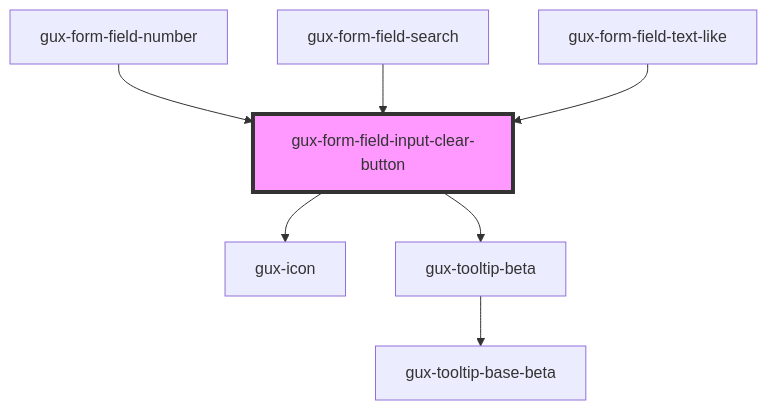
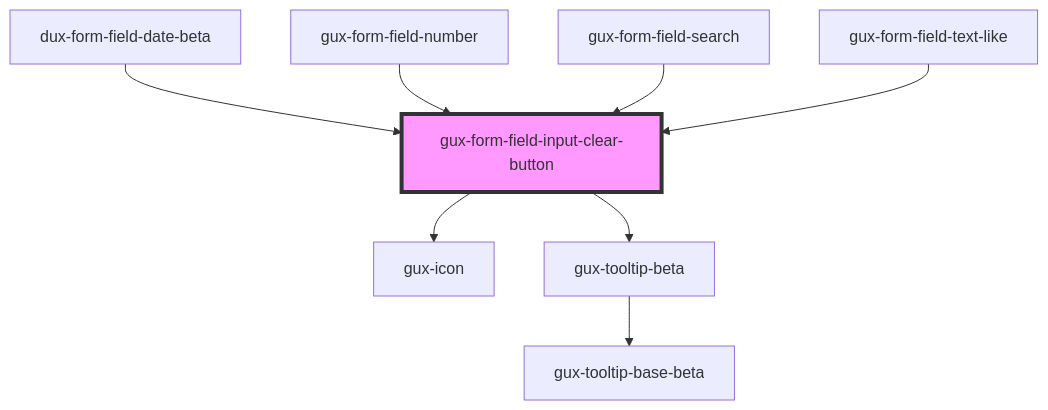
One commit to MyPureCloud/genesys-spark changed the diagram in packages/genesys-spark-components/src/components/stable/gux-form-field/helper-components/gux-form-field-input-clear-button/readme.md. Above: the diagram before and after it, drawn with Mermaid. The commit also changed other lines of this file and 48 other files, not shown here.

First line of the commit message:
feat(dux-form-field-date-beta): added new date form field component

````diff
--- a/packages/genesys-spark-components/src/components/stable/gux-form-field/helper-components/gux-form-field-input-clear-button/readme.md
+++ b/packages/genesys-spark-components/src/components/stable/gux-form-field/helper-components/gux-form-field-input-clear-button/readme.md
@@ -22,10 +23,11 @@
 ```mermaid
 graph TD;
   gux-form-field-input-clear-button --> gux-icon
   gux-form-field-input-clear-button --> gux-tooltip-beta
   gux-tooltip-beta --> gux-tooltip-base-beta
+  dux-form-field-date-beta --> gux-form-field-input-clear-button
   gux-form-field-number --> gux-form-field-input-clear-button
   gux-form-field-search --> gux-form-field-input-clear-button
   gux-form-field-text-like --> gux-form-field-input-clear-button
   style gux-form-field-input-clear-button fill:#f9f,stroke:#333,stroke-width:4px
 ```
````
